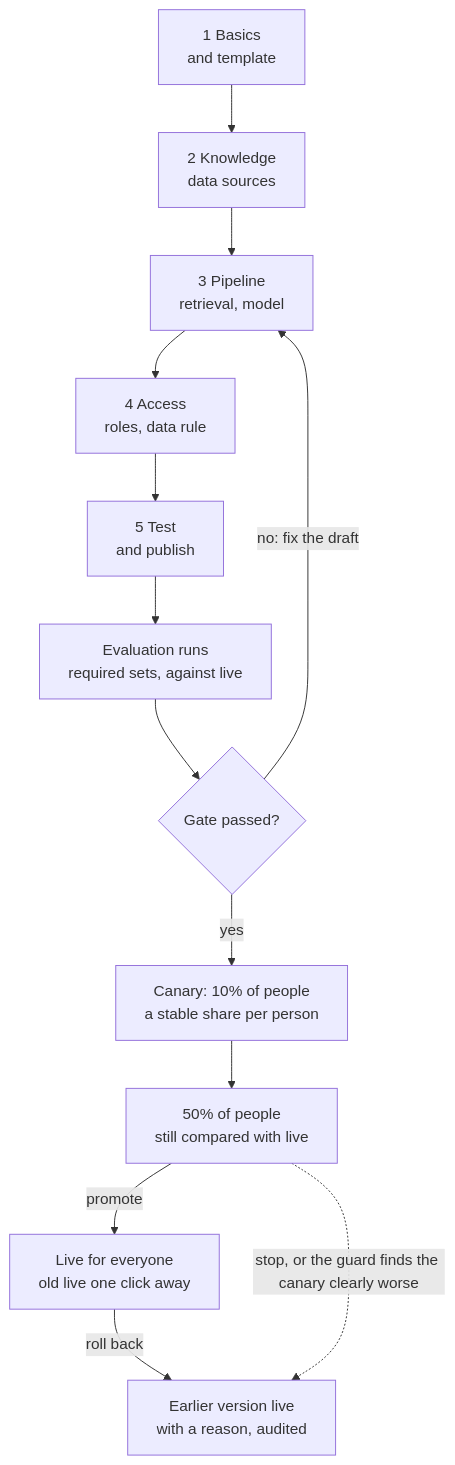
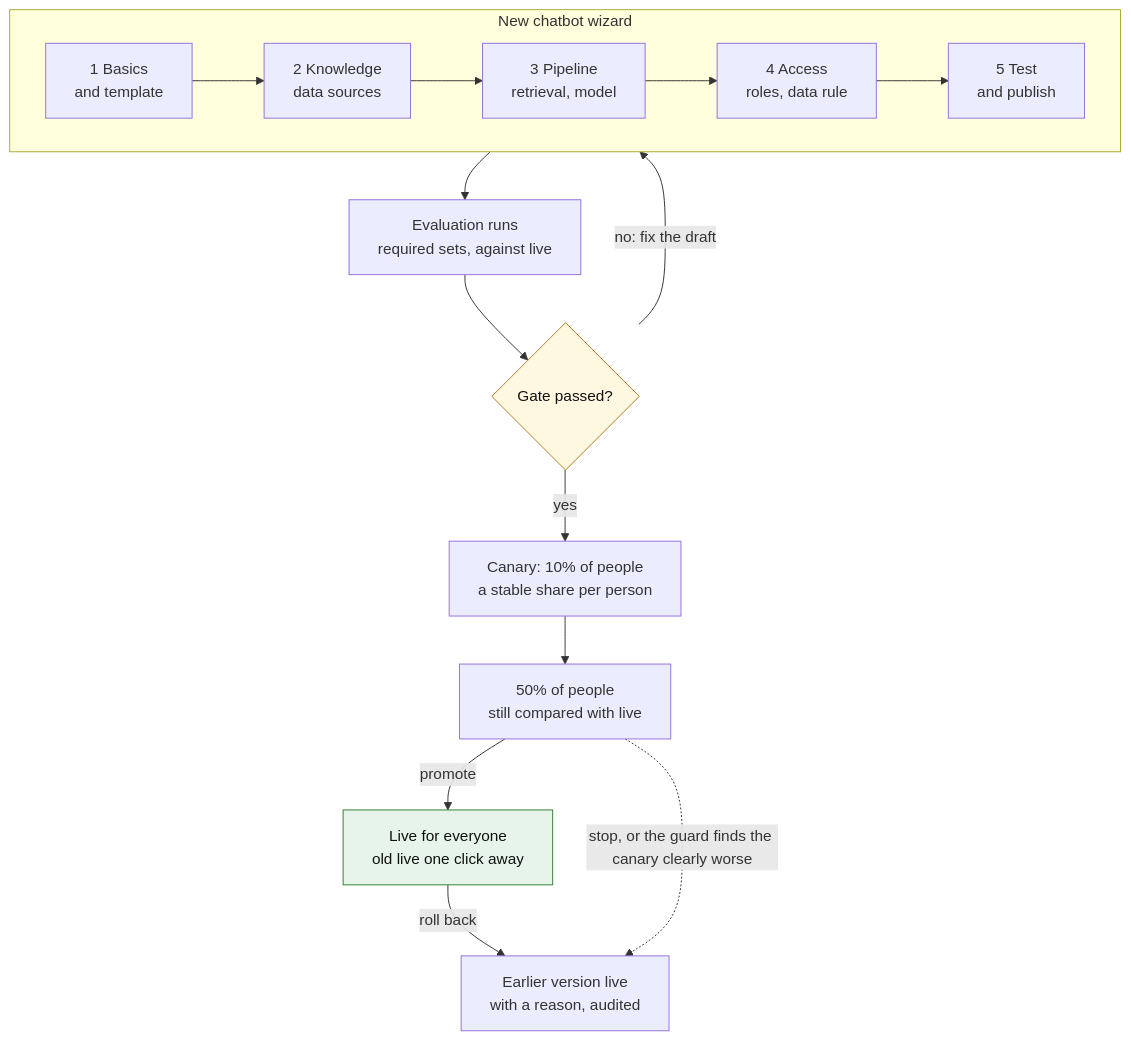
The fifth of 9 diagrams in docs/user-flows.md (shturag/veyntora), drawn with Mermaid before and after one commit. The commit also changed other lines of this file, not shown here.

First line of the commit message:
Docs: flows page reworked for reading on GitHub

````diff
--- a/docs/user-flows.md
+++ b/docs/user-flows.md
@@ -139,12 +250,19 @@
 ```mermaid
 flowchart TD
-    w1["1 Basics<br/>and template"] --> w2["2 Knowledge<br/>data sources"] --> w3["3 Pipeline<br/>retrieval, model"] --> w4["4 Access<br/>roles, data rule"] --> w5["5 Test<br/>and publish"]
+    subgraph wizard["New chatbot wizard"]
+        direction LR
+        w1["1 Basics<br/>and template"] --> w2["2 Knowledge<br/>data sources"] --> w3["3 Pipeline<br/>retrieval, model"] --> w4["4 Access<br/>roles, data rule"] --> w5["5 Test<br/>and publish"]
+    end
     w5 --> eval["Evaluation runs<br/>required sets, against live"]
     eval --> gate{"Gate passed?"}
     gate -- "no: fix the draft" --> w3
     gate -- yes --> canary["Canary: 10% of people<br/>a stable share per person"]
     canary --> fifty["50% of people<br/>still compared with live"]
     fifty -- promote --> live["Live for everyone<br/>old live one click away"]
     live -- "roll back" --> earlier["Earlier version live<br/>with a reason, audited"]
     fifty -. "stop, or the guard finds the canary clearly worse" .-> earlier
+    classDef good fill:#e6f4ea,stroke:#2e7d32,color:#111
+    classDef decision fill:#fff8e1,stroke:#b7791f,color:#111
+    class live good
+    class gate decision
 ```
````
